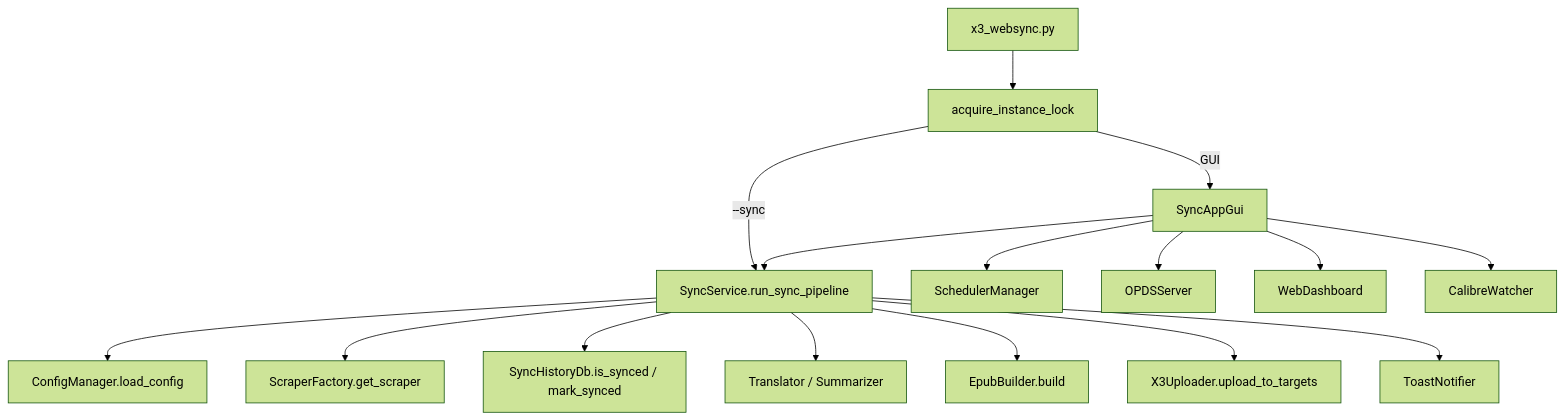
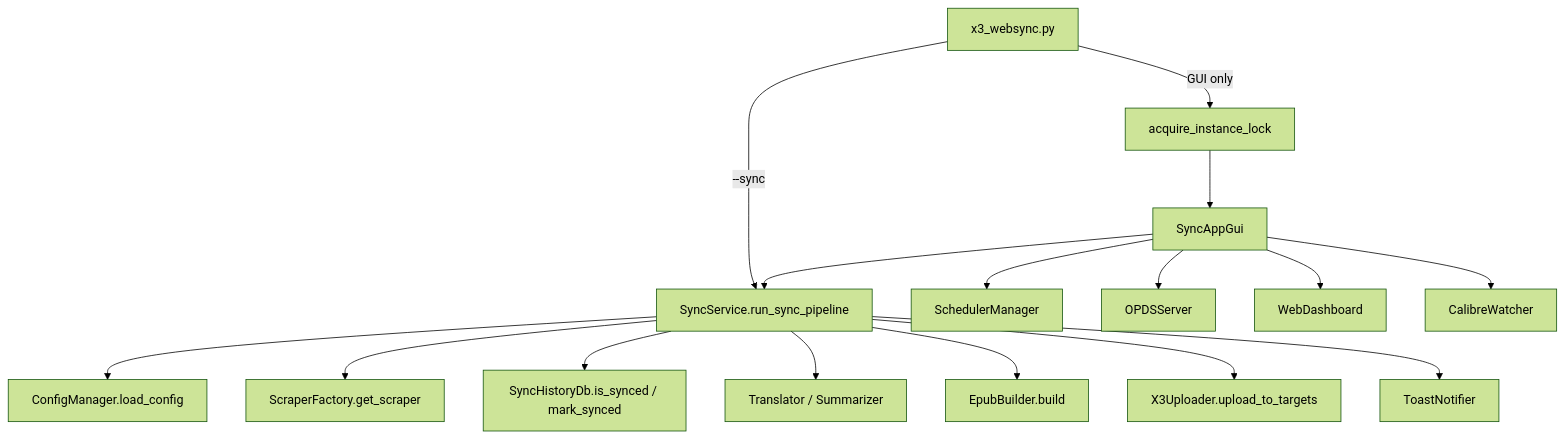
One commit to twbeatles/xteink-x3-websync changed the diagram in PROJECT_AUDIT.md. Above: the diagram before and after it, drawn with Mermaid (forest theme). The commit also changed other lines of this file and 20 other files, not shown here.

````diff
--- a/PROJECT_AUDIT.md
+++ b/PROJECT_AUDIT.md
@@ -52,18 +52,18 @@
 ```mermaid
 graph TD
-    Entry[x3_websync.py] --> Lock[acquire_instance_lock]
-    Lock -->|GUI| GUI[SyncAppGui]
-    Lock -->|--sync| Svc[SyncService.run_sync_pipeline]
+    Entry[x3_websync.py] -->|GUI only| Lock[acquire_instance_lock]
+    Entry -->|--sync| Svc[SyncService.run_sync_pipeline]
+    Lock --> GUI[SyncAppGui]
     GUI --> Svc
     Svc --> CFG[ConfigManager.load_config]
     Svc --> SCR[ScraperFactory.get_scraper]
     Svc --> DB[SyncHistoryDb.is_synced / mark_synced]
     Svc --> TR[Translator / Summarizer]
     Svc --> BLD[EpubBuilder.build]
     Svc --> UPL[X3Uploader.upload_to_targets]
     Svc --> NT[ToastNotifier]
     GUI --> SCH[SchedulerManager]
     GUI --> OPDS[OPDSServer]
     GUI --> WEB[WebDashboard]
     GUI --> WCH[CalibreWatcher]
 ```
````
